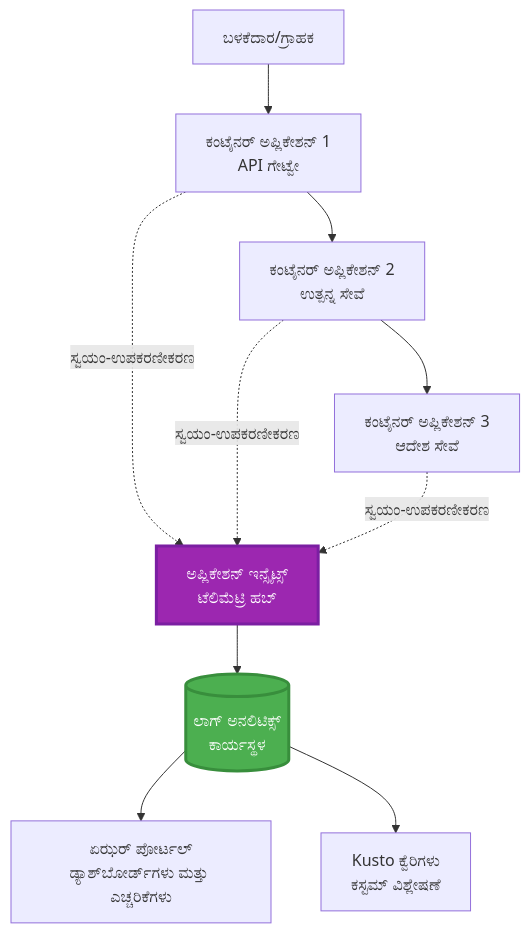
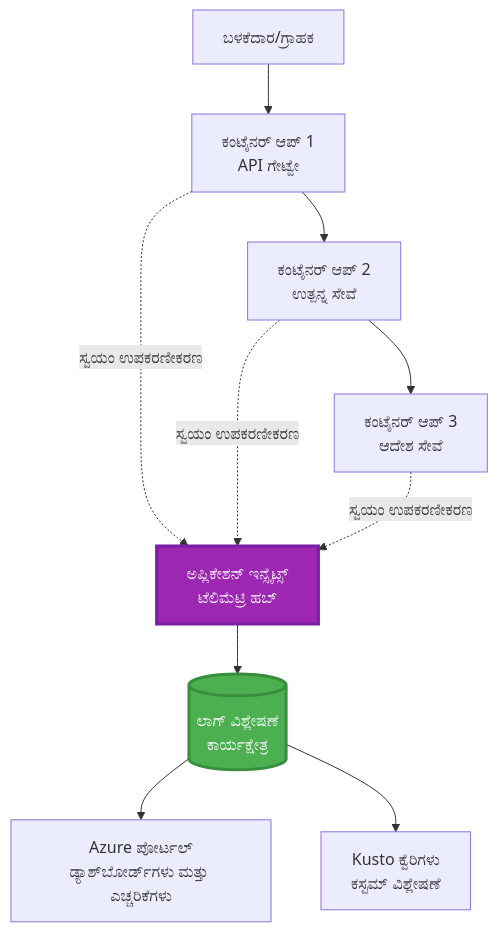
One commit to microsoft/AZD-for-beginners changed the first of 2 diagrams in translations/kn/docs/chapter-06-pre-deployment/application-insights.md. Above: the diagram before and after it, drawn with Mermaid. The commit also changed other lines of this file and 102 other files, not shown here.

````diff
--- a/translations/kn/docs/chapter-06-pre-deployment/application-insights.md
+++ b/translations/kn/docs/chapter-06-pre-deployment/application-insights.md
@@ -58,28 +58,28 @@
 ```mermaid
 graph TB
     User[ಬಳಕೆದಾರ/ಗ್ರಾಹಕ]
-    App1[ಕಂಟೈನರ್ ಅಪ್ಲಿಕೇಶನ್ 1<br/>API ಗೇಟ್ವೇ]
-    App2[ಕಂಟೈನರ್ ಅಪ್ಲಿಕೇಶನ್ 2<br/>ಉತ್ಪನ್ನ ಸೇವೆ]
-    App3[ಕಂಟೈನರ್ ಅಪ್ಲಿಕೇಶನ್ 3<br/>ಆದೇಶ ಸೇವೆ]
+    App1[ಕಂಟೈನರ್ ಆಪ್ 1<br/>API ಗೇಟ್ವೇ]
+    App2[ಕಂಟೈನರ್ ಆಪ್ 2<br/>ಉತ್ಪನ್ನ ಸೇವೆ]
+    App3[ಕಂಟೈನರ್ ಆಪ್ 3<br/>ಆದೇಶ ಸೇವೆ]
     
     AppInsights[ಅಪ್ಲಿಕೇಶನ್ ಇನ್ಸೈಟ್ಸ್<br/>ಟೆಲಿಮೆಟ್ರಿ ಹಬ್]
-    LogAnalytics[(ಲಾಗ್ ಅನಲಿಟಿಕ್ಸ್<br/>ಕಾರ್ಯಸ್ಥಳ)]
+    LogAnalytics[(ಲಾಗ್ ವಿಶ್ಲೇಷಣೆ<br/>ಕಾರ್ಯಕ್ಷೇತ್ರ)]
     
-    Portal[ಏಝರ್ ಪೋರ್ಟಲ್<br/>ಡ್ಯಾಶ್‌ಬೋರ್ಡ್‌ಗಳು ಮತ್ತು ಎಚ್ಚರಿಕೆಗಳು]
+    Portal[Azure ಪೋರ್ಟಲ್<br/>ಡ್ಯಾಶ್‌ಬೋರ್ಡ್‌ಗಳು ಮತ್ತು ಎಚ್ಚರಿಕೆಗಳು]
     Query[Kusto ಕ್ವೆರಿಗಳು<br/>ಕಸ್ಟಮ್ ವಿಶ್ಲೇಷಣೆ]
     
     User --> App1
     App1 --> App2
     App2 --> App3
     
-    App1 -.->|ಸ್ವಯಂ-ಉಪಕರಣೀಕರಣ| AppInsights
-    App2 -.->|ಸ್ವಯಂ-ಉಪಕರಣೀಕರಣ| AppInsights
-    App3 -.->|ಸ್ವಯಂ-ಉಪಕರಣೀಕರಣ| AppInsights
+    App1 -.->|ಸ್ವಯಂ ಉಪಕರಣೀಕರಣ| AppInsights
+    App2 -.->|ಸ್ವಯಂ ಉಪಕರಣೀಕರಣ| AppInsights
+    App3 -.->|ಸ್ವಯಂ ಉಪಕರಣೀಕರಣ| AppInsights
     
     AppInsights --> LogAnalytics
     LogAnalytics --> Portal
     LogAnalytics --> Query
     
     style AppInsights fill:#9C27B0,stroke:#7B1FA2,stroke-width:3px,color:#fff
     style LogAnalytics fill:#4CAF50,stroke:#388E3C,stroke-width:3px,color:#fff
 ```
````
